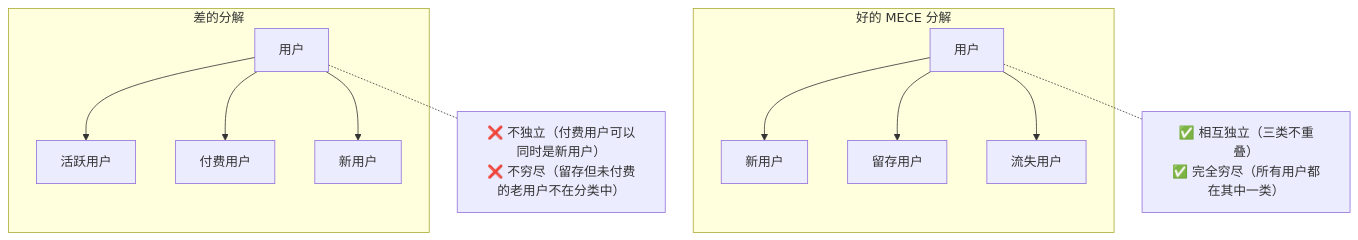
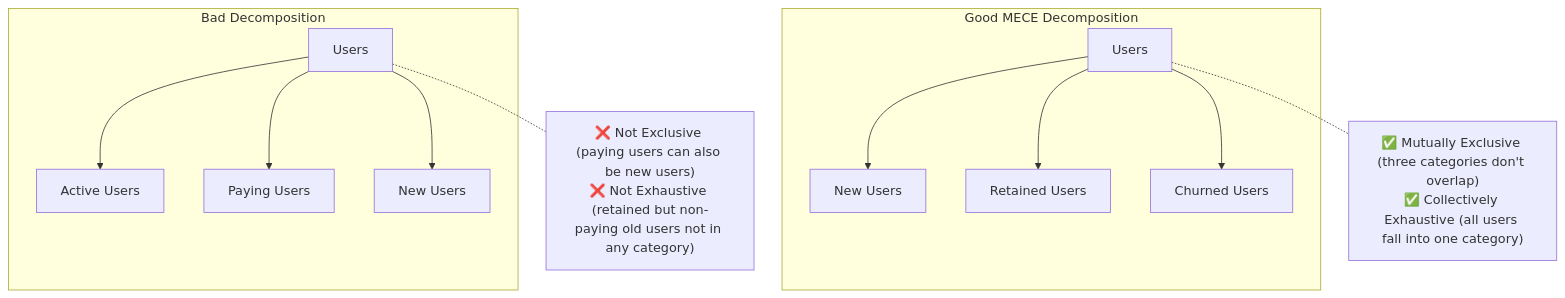
The first of 3 diagrams in references/structured-thinking/mece-pyramid.md (Kirky-X/kueiku), drawn with Mermaid before and after one commit. The commit also changed other lines of this file and 126 other files, not shown here.

````diff
--- a/references/structured-thinking/mece-pyramid.md
+++ b/references/structured-thinking/mece-pyramid.md
@@ -19,15 +19,15 @@
 ```mermaid
 flowchart TD
-    subgraph 好["好的 MECE 分解"]
-        G1["用户"] --> G2["新用户"]
-        G1 --> G3["留存用户"]
-        G1 --> G4["流失用户"]
+    subgraph good["Good MECE Decomposition"]
+        G1["Users"] --> G2["New Users"]
+        G1 --> G3["Retained Users"]
+        G1 --> G4["Churned Users"]
     end
-    subgraph 差["差的分解"]
-        B1["用户"] --> B2["活跃用户"]
-        B1 --> B3["付费用户"]
-        B1 --> B4["新用户"]
+    subgraph bad["Bad Decomposition"]
+        B1["Users"] --> B2["Active Users"]
+        B1 --> B3["Paying Users"]
+        B1 --> B4["New Users"]
     end
-    G1 -.- GNote["✅ 相互独立（三类不重叠）<br/>✅ 完全穷尽（所有用户都在其中一类）"]
-    B1 -.- BNote["❌ 不独立（付费用户可以同时是新用户）<br/>❌ 不穷尽（留存但未付费的老用户不在分类中）"]
+    G1 -.- GNote["✅ Mutually Exclusive (three categories don't overlap)<br/>✅ Collectively Exhaustive (all users fall into one category)"]
+    B1 -.- BNote["❌ Not Exclusive (paying users can also be new users)<br/>❌ Not Exhaustive (retained but non-paying old users not in any category)"]
 ```
````
